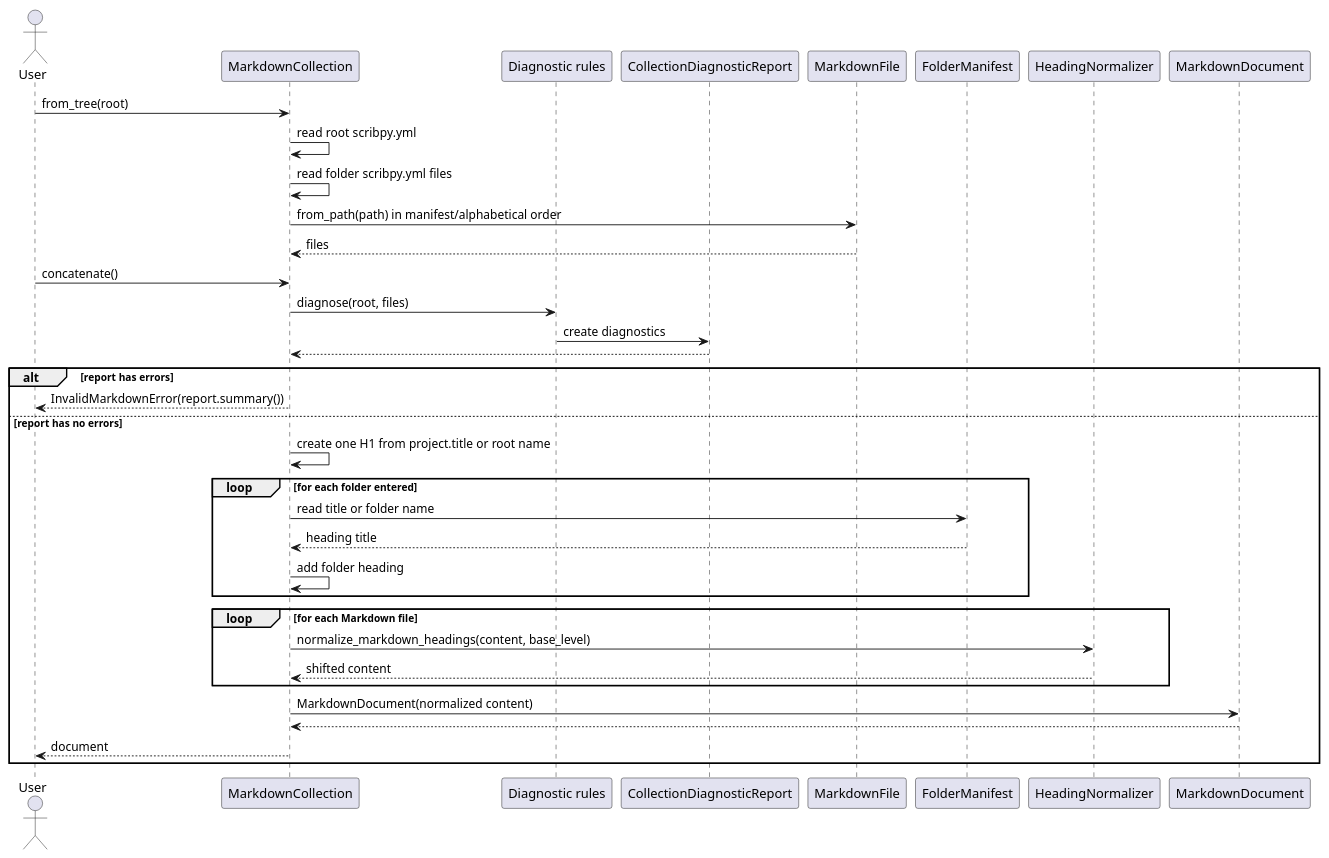
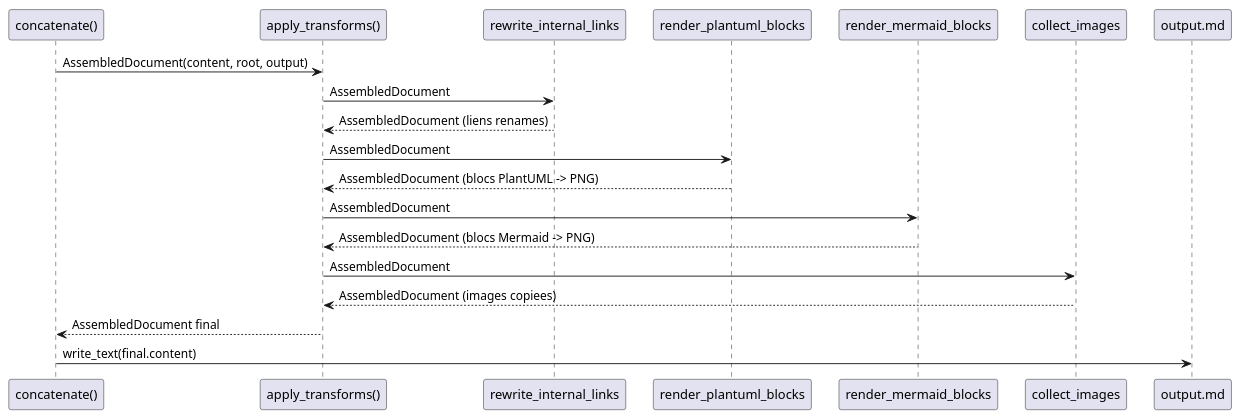
One commit to antoinebarre/scribpy changed the second of 6 diagrams in doc/architecture-core.md. Above: the diagram before and after it, drawn with PlantUML. The commit also changed other lines of this file and 7 other files, not shown here.

Commit message:
feat: add mermaid

````diff
--- a/doc/architecture-core.md
+++ b/doc/architecture-core.md
@@ -242,39 +177,25 @@
 ```plantuml
 @startuml
-actor User
-participant "MarkdownCollection" as Collection
-participant "Diagnostic rules" as Rules
-participant "CollectionDiagnosticReport" as Report
-participant "MarkdownFile" as File
-participant "FolderManifest" as Folder
-participant "HeadingNormalizer" as Headings
-participant "MarkdownDocument" as Document
+skinparam participantPadding 10
 
-User -> Collection : from_tree(root)
-Collection -> Collection : read root scribpy.yml
-Collection -> Collection : read folder scribpy.yml files
-Collection -> File : from_path(path) in manifest/alphabetical order
-File --> Collection : files
-User -> Collection : concatenate()
-Collection -> Rules : diagnose(root, files)
-Rules -> Report : create diagnostics
-Report --> Collection
-alt report has errors
-  Collection --> User : InvalidMarkdownError(report.summary())
-else report has no errors
-Collection -> Collection : create one H1 from project.title or root name
-loop for each folder entered
-  Collection -> Folder : read title or folder name
-  Folder --> Collection : heading title
-  Collection -> Collection : add folder heading
-end
-loop for each Markdown file
-  Collection -> Headings : normalize_markdown_headings(content, base_level)
-  Headings --> Collection : shifted content
-end
-Collection -> Document : MarkdownDocument(normalized content)
-Document --> Collection
-Collection --> User : document
-end
+participant "concatenate()" as concat
+participant "apply_transforms()" as pipeline
+participant "rewrite_internal_links" as links
+participant "render_plantuml_blocks" as puml
+participant "render_mermaid_blocks" as mmid
+participant "collect_images" as images
+participant "output.md" as file
+
+concat -> pipeline : AssembledDocument(content, root, output)
+pipeline -> links : AssembledDocument
+links --> pipeline : AssembledDocument (liens renames)
+pipeline -> puml : AssembledDocument
+puml --> pipeline : AssembledDocument (blocs PlantUML -> PNG)
+pipeline -> mmid : AssembledDocument
+mmid --> pipeline : AssembledDocument (blocs Mermaid -> PNG)
+pipeline -> images : AssembledDocument
+images --> pipeline : AssembledDocument (images copiees)
+pipeline --> concat : AssembledDocument final
+concat -> file : write_text(final.content)
 @enduml
 ```
````
